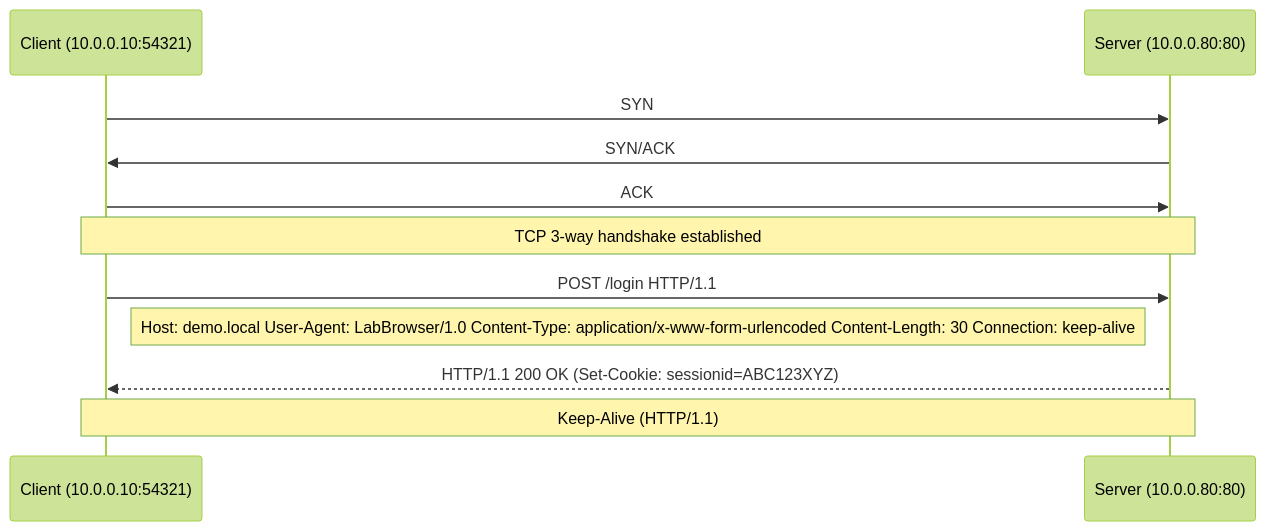
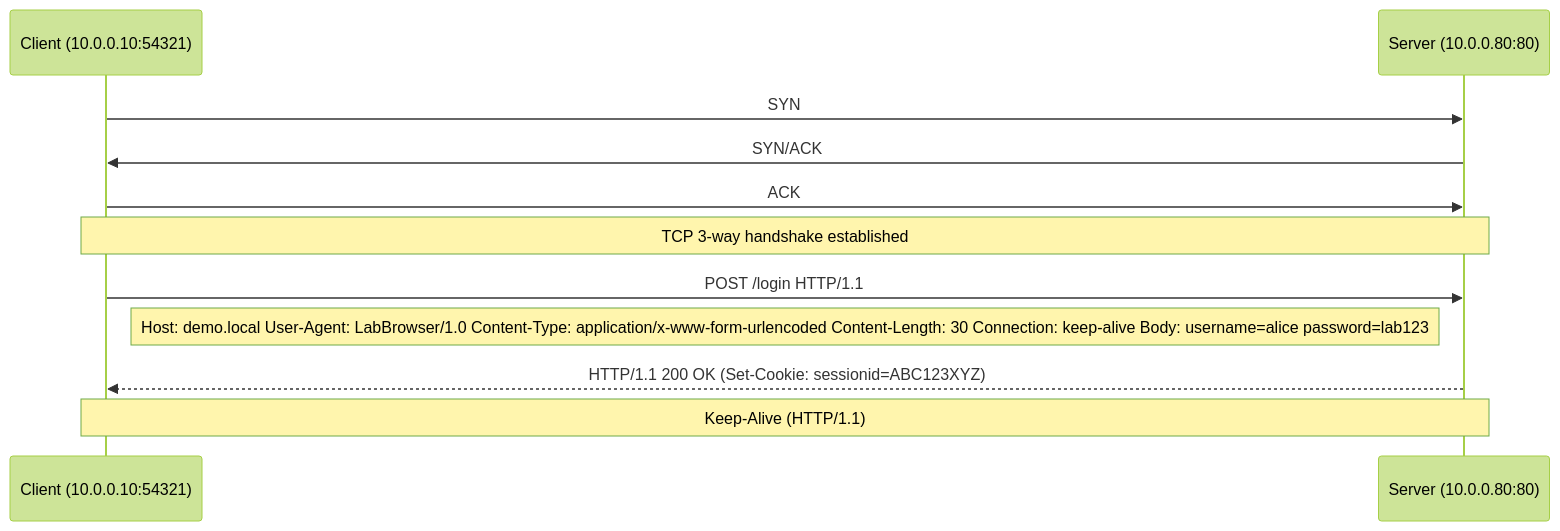
One commit to candragust/yes changed the diagram in seque.md. Above: the diagram before and after it, drawn with Mermaid (forest theme).

````diff
--- a/seque.md
+++ b/seque.md
@@ -1,16 +1,16 @@
 ```mermaid
 sequenceDiagram
   participant C as Client (10.0.0.10:54321)
   participant S as Server (10.0.0.80:80)
 
   C->>S: SYN
   S->>C: SYN/ACK
   C->>S: ACK
 Note over C,S: TCP 3-way handshake established
 
   C->>S: POST /login HTTP/1.1
-Note right of C: Host: demo.local User-Agent: LabBrowser/1.0 Content-Type: application/x-www-form-urlencoded Content-Length: 30  Connection: keep-alive  
-  S-->>C: HTTP/1.1 200 OK (Set-Cookie: sessionid=ABC123XYZ)
+Note right of C: Host: demo.local User-Agent: LabBrowser/1.0 Content-Type: application/x-www-form-urlencoded Content-Length: 30  Connection: keep-alive  Body: username=alice password=lab123
+  S-->>C: HTTP/1.1 200 OK (Set-Cookie: sessionid=ABC123XYZ)   
 
   Note over C,S: Keep-Alive (HTTP/1.1)
 ```
````
